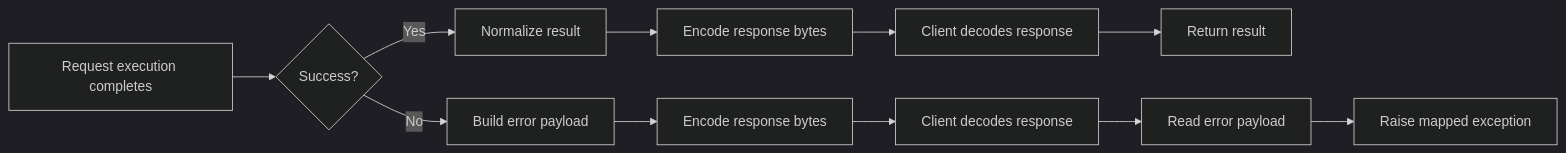
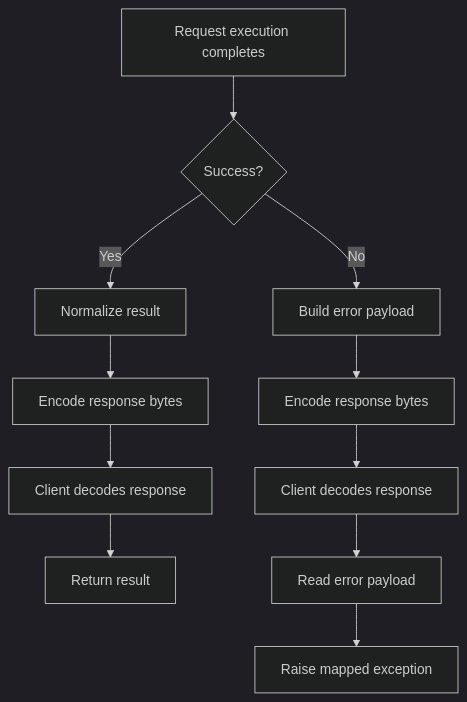
Before and after one commit to keenlycode/shelfdb: the second of 2 diagrams in docs-src/protocol.md, drawn with Mermaid (dark theme). The commit also changed other lines of this file and 1 other file, not shown here.

````diff
--- a/docs-src/protocol.md
+++ b/docs-src/protocol.md
@@ -34,13 +34,13 @@
 ```mermaid
-flowchart LR
+flowchart TD
   A[Request execution completes] --> B{Success?}
   B -->|Yes| C[Normalize result]
   C --> D[Encode response bytes]
   D --> E[Client decodes response]
   E --> F[Return result]
   B -->|No| G[Build error payload]
   G --> H[Encode response bytes]
   H --> I[Client decodes response]
   I --> J[Read error payload]
   J --> K[Raise mapped exception]
 ```
````
